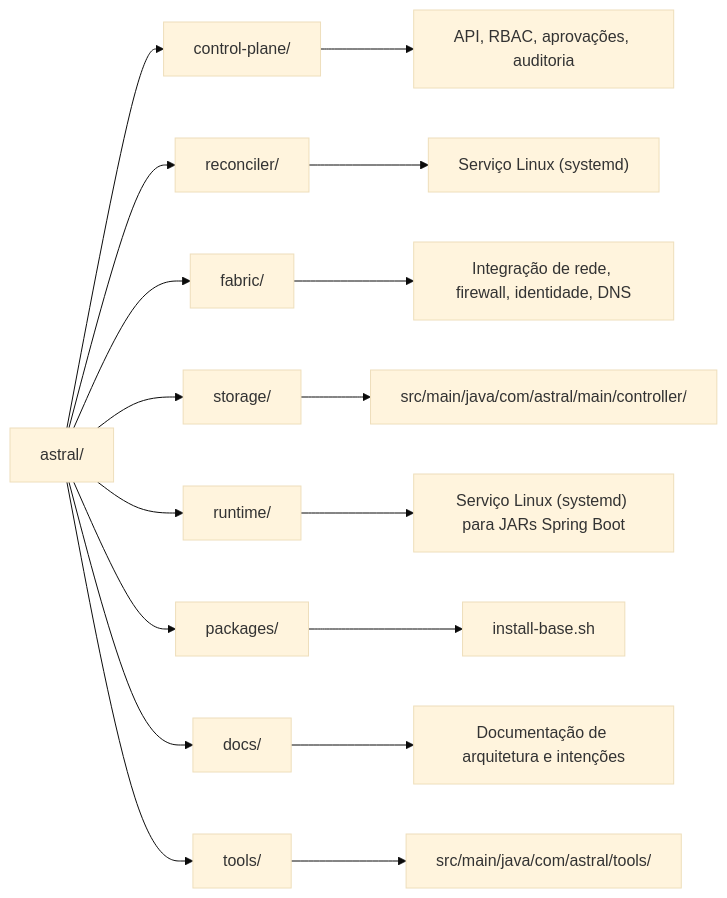
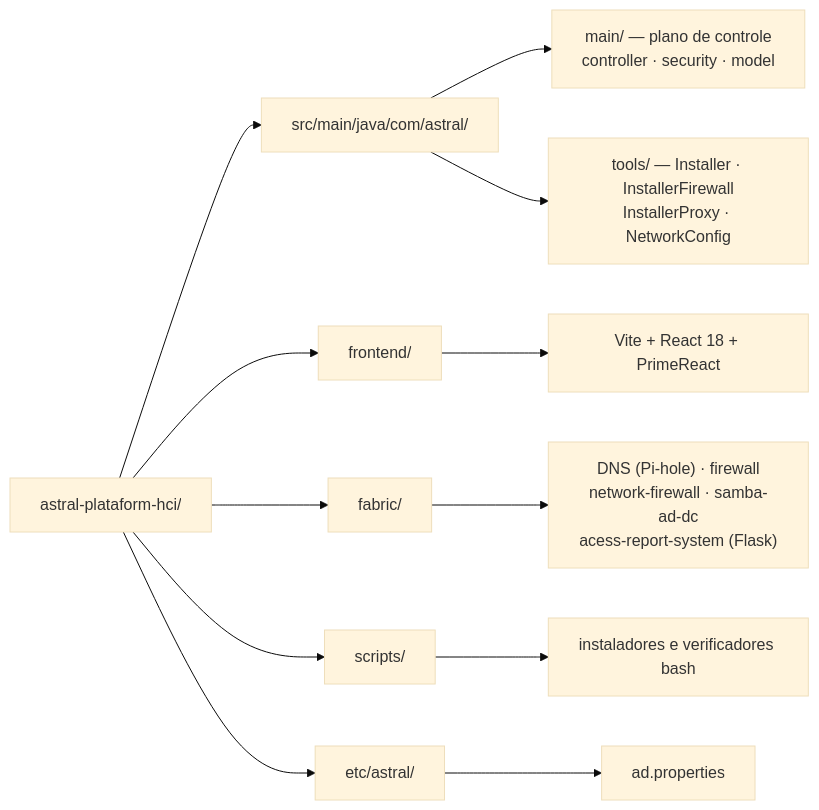
Before and after one commit to euripedesdark/astral-plataform-hci: the second of 2 diagrams in README.md, drawn with Mermaid (base theme). The commit also changed other lines of this file and 24 other files, not shown here.

````diff
--- a/README.md
+++ b/README.md
@@ -223,22 +122,15 @@
 ```mermaid
+graph LR
+  A["astral-plataform-hci/"] --> B["src/main/java/com/astral/"]
+  A --> C["frontend/"]
+  A --> D["fabric/"]
+  A --> E["scripts/"]
+  A --> F["etc/astral/"]
 
-graph LR
-  A[astral/] --> B[control-plane/]
-  A --> C[reconciler/]
-  A --> D[fabric/]
-  A --> E[storage/]
-  A --> F[runtime/]
-  A --> G[packages/]
-  A --> H[docs/]
-  A --> I[tools/]
-
-  B --> B1["API, RBAC, aprovações, auditoria"]
-  C --> C1["Serviço Linux (systemd)"]
-  D --> D1["Integração de rede, firewall, identidade, DNS"]
-  E --> E1["src/main/java/com/astral/main/controller/"]
-  F --> F1["Serviço Linux (systemd) para JARs Spring Boot"]
-  G --> G1["install-base.sh"]
-  H --> H1["Documentação de arquitetura e intenções"]
-  I --> I1["src/main/java/com/astral/tools/"]
-
+  B --> B1["main/ — plano de controle<br/>controller · security · model"]
+  B --> B2["tools/ — Installer · InstallerFirewall<br/>InstallerProxy · NetworkConfig"]
+  C --> C1["Vite + React 18 + PrimeReact"]
+  D --> D1["DNS (Pi-hole) · firewall<br/>network-firewall · samba-ad-dc<br/>acess-report-system (Flask)"]
+  E --> E1["instaladores e verificadores bash"]
+  F --> F1["ad.properties"]
 ```
````
